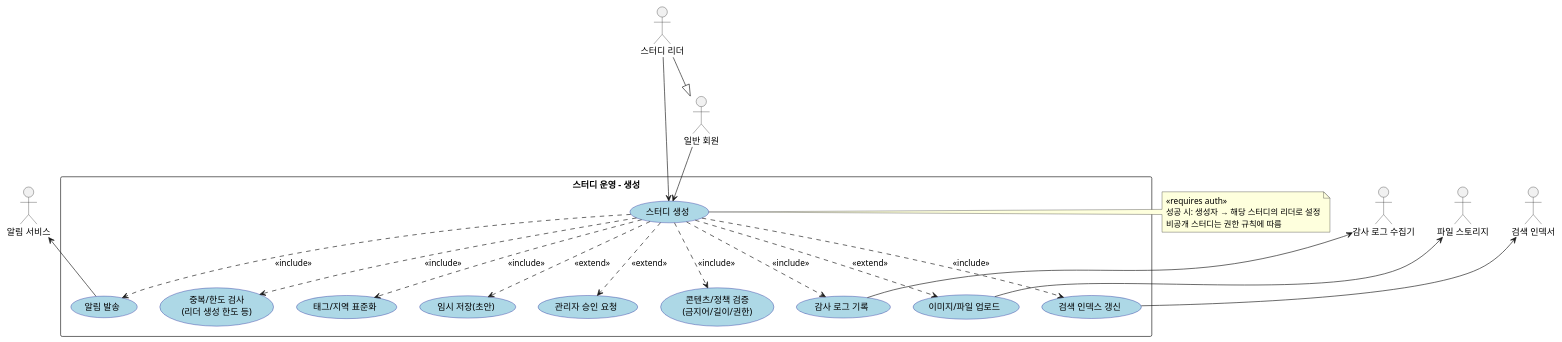
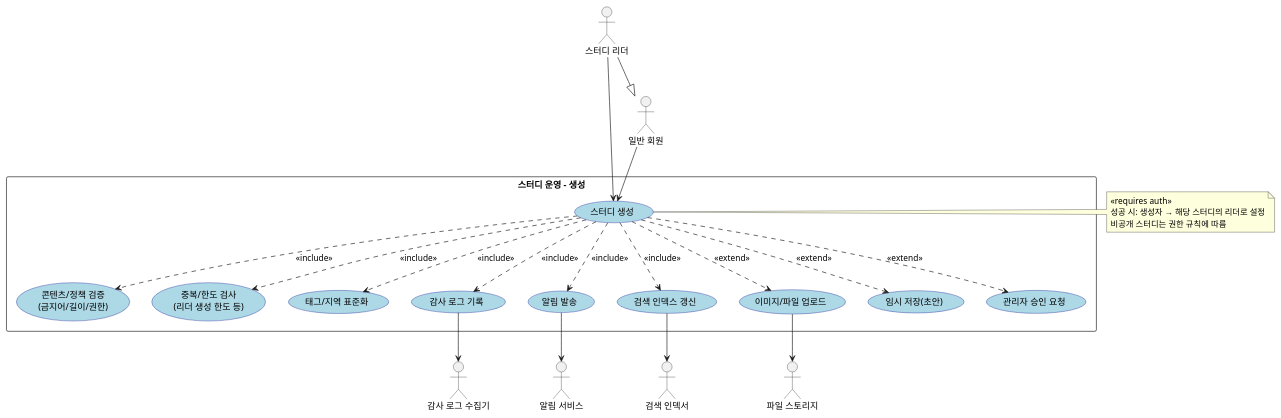
One commit to Hoon-sPersonalProject/study_managing_design changed the diagram in usecase/study/createStudy_usecase.puml. Above: the diagram before and after it, drawn with PlantUML. The commit also changed 4 other files, not shown here.

```diff
--- a/usecase/study/createStudy_usecase.puml
+++ b/usecase/study/createStudy_usecase.puml
@@ -1,70 +1,70 @@
 @startuml
 ' 스터디 생성 Use Case Diagram
 
 skinparam packageStyle rectangle
 skinparam usecase {
   BackgroundColor LightBlue
   BorderColor DarkBlue
 }
 
 ' === Actors ===
 actor "일반 회원" as User
 actor "스터디 리더" as Leader
 actor "알림 서비스" as Noti
 actor "감사 로그 수집기" as Audit
 actor "파일 스토리지" as Storage
 actor "검색 인덱서" as SearchIdx
 
 ' 역할 일반화(선택): 리더는 사용자 역할을 포함
 Leader --|> User
 
 ' === System Boundary ===
 rectangle "스터디 운영 - 생성" as StudyCreate {
 
   usecase "스터디 생성" as UC_Create
 
   ' 공통/하위 UC (include)
   usecase "콘텐츠/정책 검증\n(금지어/길이/권한)" as UC_Validate
   usecase "중복/한도 검사\n(리더 생성 한도 등)" as UC_Quota
   usecase "태그/지역 표준화" as UC_Normalize
   usecase "감사 로그 기록" as UC_Audit
   usecase "알림 발송" as UC_Notify
   usecase "검색 인덱스 갱신" as UC_Reindex
 
   ' 선택 흐름 (extend)
   usecase "이미지/파일 업로드" as UC_Upload
   usecase "임시 저장(초안)" as UC_Draft
   usecase "관리자 승인 요청" as UC_AdminApprove
 }
 
 ' === 주 실행자 ===
 User --> UC_Create
 Leader --> UC_Create
 
 ' === include 관계 (항상 수행되는 교차 관심사) ===
 UC_Create ..> UC_Validate : <<include>>
 UC_Create ..> UC_Quota    : <<include>>
 UC_Create ..> UC_Normalize: <<include>>
 UC_Create ..> UC_Audit    : <<include>>
 UC_Create ..> UC_Notify   : <<include>>
 UC_Create ..> UC_Reindex  : <<include>>
 
 ' === extend 관계 (조건부/선택) ===
 UC_Create ..> UC_Upload       : <<extend>>
 UC_Create ..> UC_Draft        : <<extend>>
 UC_Create ..> UC_AdminApprove : <<extend>>
 
 ' === 외부 시스템 연동 ===
-Storage <-- UC_Upload
-Noti    <-- UC_Notify
-Audit   <-- UC_Audit
-SearchIdx <-- UC_Reindex
+UC_Upload --> Storage
+UC_Notify --> Noti
+UC_Audit --> Audit
+UC_Reindex --> SearchIdx
 
 ' === Notes ===
 note right of UC_Create
 «requires auth»
 성공 시: 생성자 → 해당 스터디의 리더로 설정
 비공개 스터디는 권한 규칙에 따름
 end note
 
 @enduml
```
